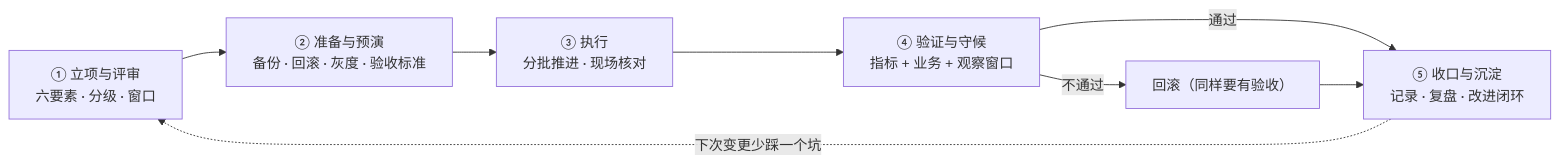
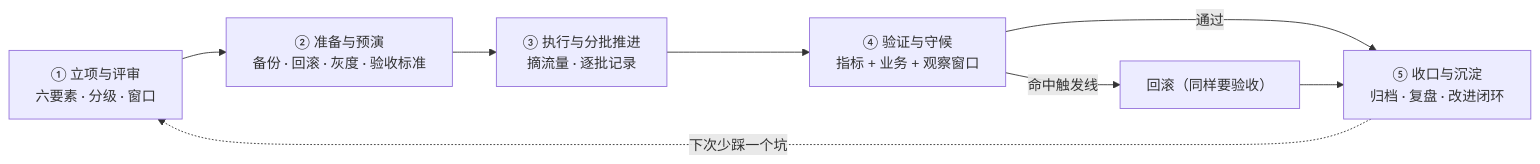
Before and after one commit to realtyz/ops-manual: the first of 2 diagrams in Linux/11_生产运维与高可用/00_导读与知识地图.md, drawn with Mermaid. The commit also changed other lines of this file and 110 other files, not shown here.

````diff
--- a/Linux/11_生产运维与高可用/00_导读与知识地图.md
+++ b/Linux/11_生产运维与高可用/00_导读与知识地图.md
@@ -70,10 +19,10 @@
 ```mermaid
 flowchart LR
   A["① 立项与评审<br/>六要素 · 分级 · 窗口"] --> B["② 准备与预演<br/>备份 · 回滚 · 灰度 · 验收标准"]
-  B --> C["③ 执行<br/>分批推进 · 现场核对"]
+  B --> C["③ 执行与分批推进<br/>摘流量 · 逐批记录"]
   C --> D["④ 验证与守候<br/>指标 + 业务 + 观察窗口"]
-  D -- "不通过" --> E2["回滚（同样要有验收）"]
-  D -- "通过" --> E["⑤ 收口与沉淀<br/>记录 · 复盘 · 改进闭环"]
+  D -- "命中触发线" --> E2["回滚（同样要验收）"]
+  D -- "通过" --> E["⑤ 收口与沉淀<br/>归档 · 复盘 · 改进闭环"]
   E2 --> E
-  E -.->|"下次变更少踩一个坑"| A
+  E -.->|"下次少踩一个坑"| A
 ```
````
